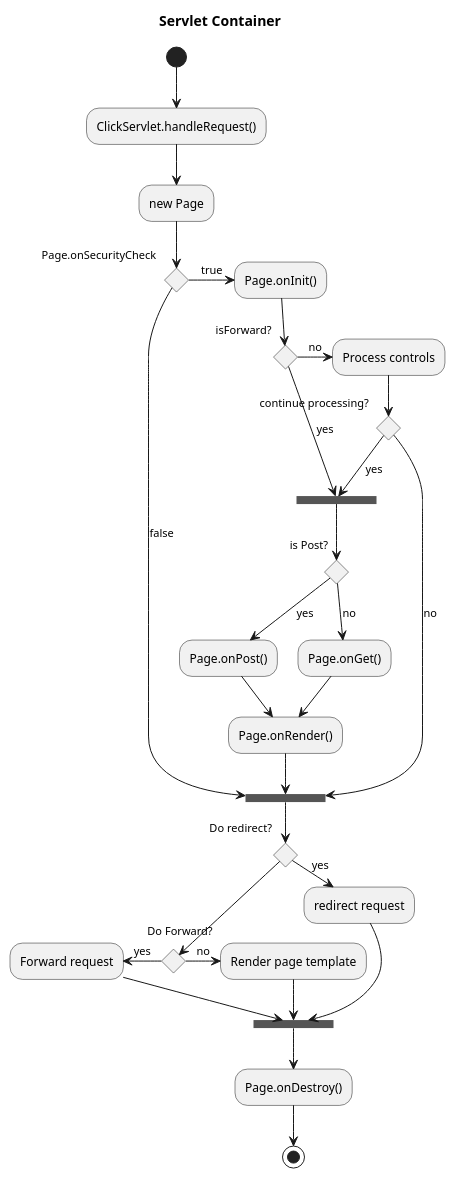
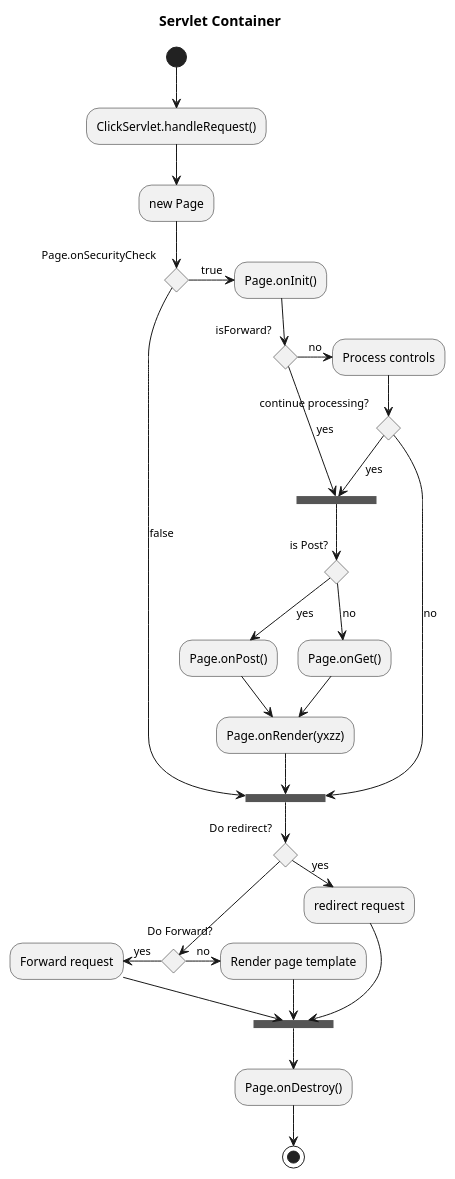
One commit to de-jcup/eclipse-asciidoctor-editor changed the tenth of 26 diagrams in asciidoctor-editor-other/testscripts/21_diagrams_plantuml_only.adoc. Above: the diagram before and after it, drawn with PlantUML. The commit also changed other lines of this file and 6 other files, not shown here.

```diff
--- a/asciidoctor-editor-other/testscripts/21_diagrams_plantuml_only.adoc
+++ b/asciidoctor-editor-other/testscripts/21_diagrams_plantuml_only.adoc
@@ -181,55 +181,55 @@
 [plantuml, sample-plantuml-diagram-a4]
 ----
 @startuml
 title Servlet Container
 
 (*) --> "ClickServlet.handleRequest()"
 --> "new Page"
 
 if "Page.onSecurityCheck" then
   ->[true] "Page.onInit()"
   
   if "isForward?" then
    ->[no] "Process controls"
    
    if "continue processing?" then
      -->[yes] ===RENDERING===
    else
      -->[no] ===REDIRECT_CHECK===
    endif
    
   else
    -->[yes] ===RENDERING===
   endif
   
   if "is Post?" then
     -->[yes] "Page.onPost()"
-    --> "Page.onRender()" as render
+    --> "Page.onRender(yxzz)" as render
     --> ===REDIRECT_CHECK===
   else
     -->[no] "Page.onGet()"
     --> render
   endif
   
 else
   -->[false] ===REDIRECT_CHECK===
 endif
 
 if "Do redirect?" then
  ->[yes] "redirect request"
  --> ==BEFORE_DESTROY===
 else
  if "Do Forward?" then
   -left->[yes] "Forward request"
   --> ==BEFORE_DESTROY===
  else
   -right->[no] "Render page template"
   --> ==BEFORE_DESTROY===
  endif
 endif
 
 --> "Page.onDestroy()"
 -->(*)
 
 @enduml
 ----
```
